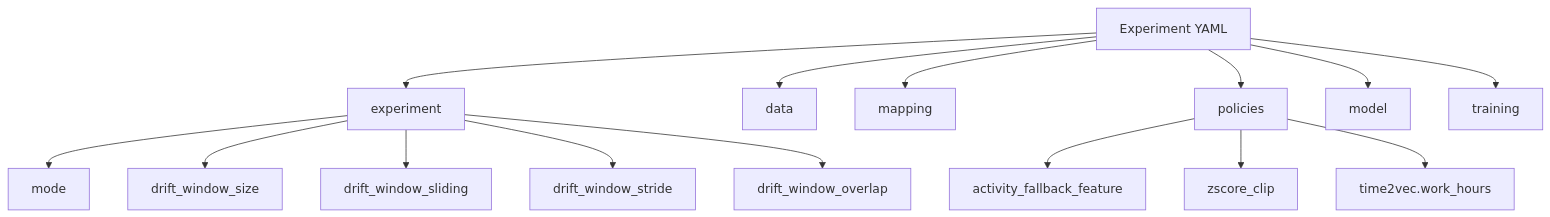
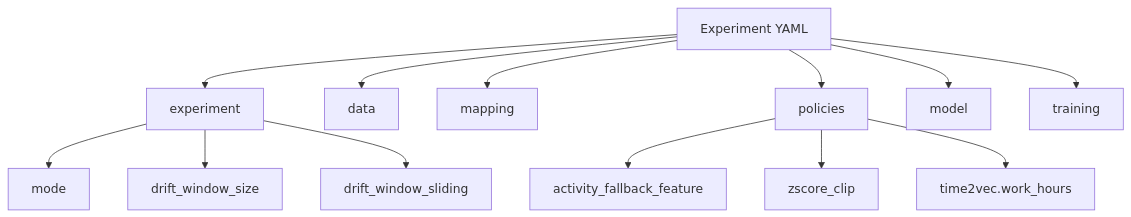
The second of 4 diagrams in docs/DATA_MODEL_MVP1.MD (ghsrg/bpm_prediction), drawn with Mermaid before and after one commit. The commit also changed other lines of this file and 12 other files, not shown here.

````diff
--- a/docs/DATA_MODEL_MVP1.MD
+++ b/docs/DATA_MODEL_MVP1.MD
@@ -125,19 +123,17 @@
 ```mermaid
 flowchart TD
     Root[Experiment YAML] --> EX[experiment]
     Root --> D[data]
     Root --> M[mapping]
     Root --> P[policies]
     Root --> MD[model]
     Root --> T[training]
 
     EX --> EXM[mode]
     EX --> EXW[drift_window_size]
     EX --> EXWS[drift_window_sliding]
-    EX --> EXS[drift_window_stride]
-    EX --> EXO[drift_window_overlap]
 
     P --> PF[activity_fallback_feature]
     P --> PZ[zscore_clip]
     P --> PT[time2vec.work_hours]
 ```
````
